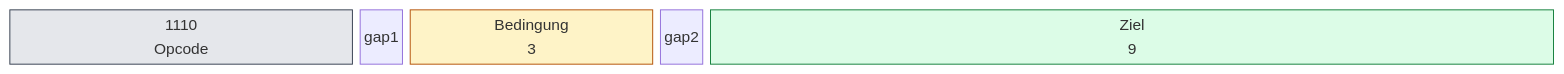
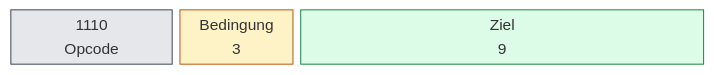
One commit to olfp/Deep16 changed the first of 4 diagrams in book/kap04.md. Above: the diagram before and after it, drawn with Mermaid. The commit also changed 1 other file, not shown here.

Commit message:
book: Befehlsdiagramme in Kap. 4 korrigiert (Lücken nicht als separate gap-Blöcke)

````diff
--- a/book/kap04.md
+++ b/book/kap04.md
@@ -44,15 +44,13 @@
 ```mermaid
 block-beta
   columns 31
   classDef op fill:#e5e7eb,stroke:#374151
   classDef imm fill:#fef3c7,stroke:#b45309
   classDef off fill:#dcfce7,stroke:#15803d
   b0["1110<br/>Opcode"]:7
-  gap1:1
   b1["Bedingung<br/>3"]:5
-  gap2:1
   b2["Ziel<br/>9"]:17
   class b0 op
   class b1 imm
   class b2 off
 ```
````
